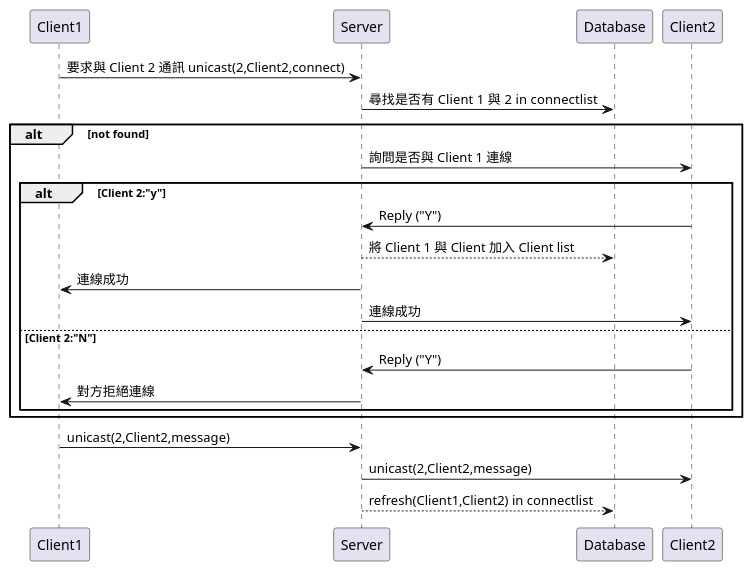
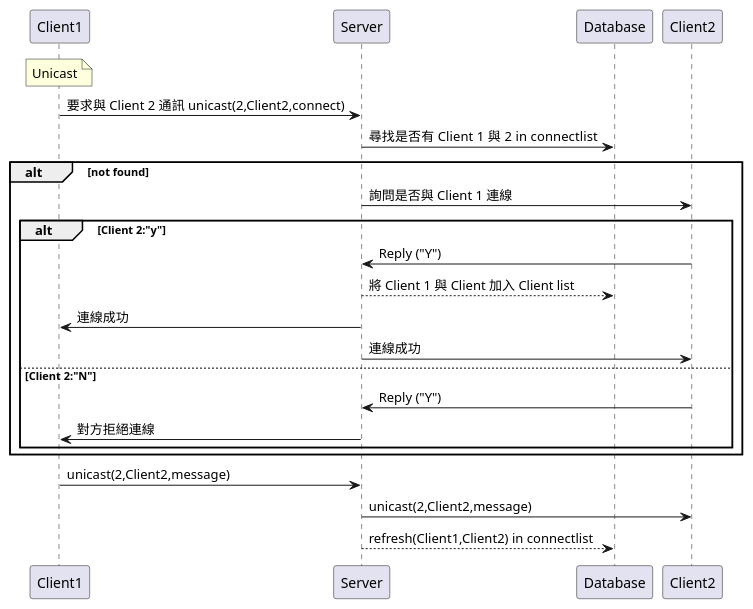
Before and after one commit to zhan860127/client_to_client_netty: the diagram in uml/client_broudcast.puml, drawn with PlantUML. The commit also changed 9 other files, not shown here.

```diff
--- a/uml/client_broudcast.puml
+++ b/uml/client_broudcast.puml
@@ -1,36 +1,36 @@
 @startuml
 
-
+note over Client1:Unicast
 
 
 Client1 -> Server: 要求與 Client 2 通訊 unicast(2,Client2,connect)
 Server -> Database:尋找是否有 Client 1 與 2 in  connectlist
 alt not found
 
 Server->Client2:詢問是否與 Client 1 連線
 
 alt Client 2:"y"
 Client2->Server: Reply ("Y")
 Server-->Database:將 Client 1 與 Client 加入 Client list
 Server->Client1 :連線成功
 Server->Client2 :連線成功
 
 else Client 2:"N"
 Client2->Server: Reply ("Y")
 
 Server->Client1 :對方拒絕連線
 
 end
 
 
 
 
 
 end
 
 Client1->Server :unicast(2,Client2,message)
 Server->Client2:unicast(2,Client2,message)
 Server-->Database: refresh(Client1,Client2) in connectlist
  
 
 @enduml
```
